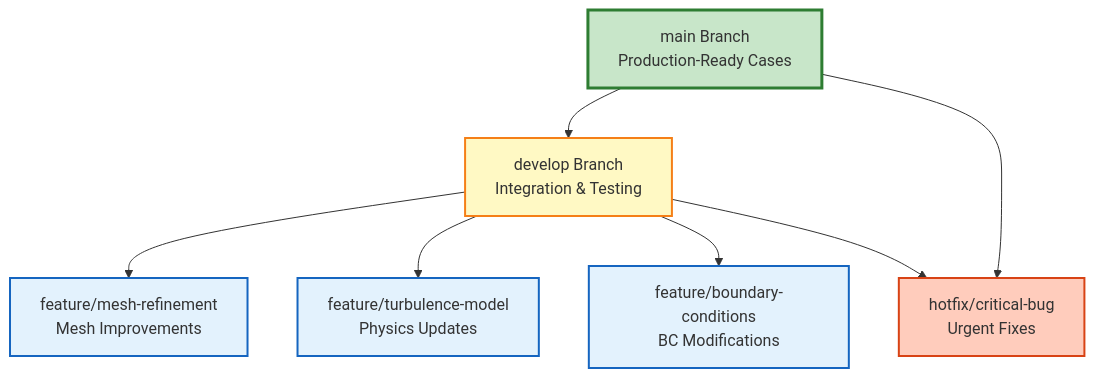
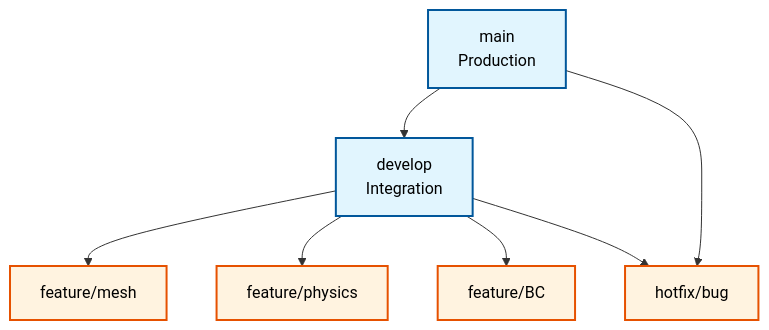
The first of 4 diagrams in MODULE_07_UTILITIES_AUTOMATION/CONTENT/07_PROFESSIONAL_PRACTICE/03_Version_Control_Git.md (wramet/build-my-cfd), drawn with Mermaid before and after one commit. The commit also changed other lines of this file and 313 other files, not shown here.

Commit message:
Revise all diagram

````diff
--- a/MODULE_07_UTILITIES_AUTOMATION/CONTENT/07_PROFESSIONAL_PRACTICE/03_Version_Control_Git.md
+++ b/MODULE_07_UTILITIES_AUTOMATION/CONTENT/07_PROFESSIONAL_PRACTICE/03_Version_Control_Git.md
@@ -187,16 +187,12 @@
 ```mermaid
 flowchart TD
-    Main[main Branch<br/>Production-Ready Cases] --> Dev[develop Branch<br/>Integration & Testing]
-    Dev --> Feature1[feature/mesh-refinement<br/>Mesh Improvements]
-    Dev --> Feature2[feature/turbulence-model<br/>Physics Updates]
-    Dev --> Feature3[feature/boundary-conditions<br/>BC Modifications]
-    Dev --> Hotfix[hotfix/critical-bug<br/>Urgent Fixes]
-    Main --> Hotfix
-
-    style Main fill:#c8e6c9,stroke:#2e7d32,stroke-width:3px
-    style Dev fill:#fff9c4,stroke:#f57f17,stroke-width:2px
-    style Feature1 fill:#e3f2fd,stroke:#1565c0,stroke-width:2px
-    style Feature2 fill:#e3f2fd,stroke:#1565c0,stroke-width:2px
-    style Feature3 fill:#e3f2fd,stroke:#1565c0,stroke-width:2px
-    style Hotfix fill:#ffccbc,stroke:#d84315,stroke-width:2px
+classDef implicit fill:#e1f5fe,stroke:#01579b,stroke-width:2px,color:#000
+classDef explicit fill:#fff3e0,stroke:#e65100,stroke-width:2px,color:#000
+classDef context fill:#f5f5f5,stroke:#616161,stroke-width:1px,color:#000,stroke-dasharray: 5 5
+Main[main<br/>Production]:::implicit --> Dev[develop<br/>Integration]:::implicit
+Dev --> Feature1[feature/mesh]:::explicit
+Dev --> Feature2[feature/physics]:::explicit
+Dev --> Feature3[feature/BC]:::explicit
+Dev --> Hotfix[hotfix/bug]:::explicit
+Main --> Hotfix
 ```
````
